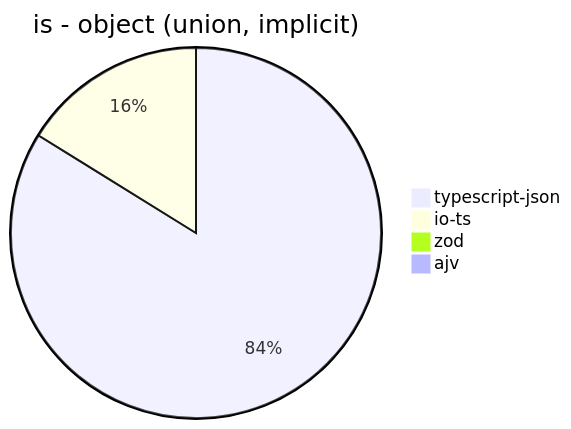
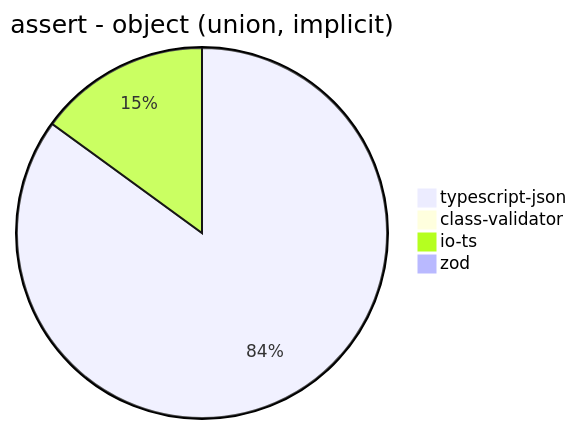
Diagram 12 of 40 in benchmark/results/AMD Ryzen 9 5900HX with Radeon Graphics.md (samchon/typia), drawn with Mermaid before and after one commit. The commit also changed other lines of this file and 2 other files, not shown here.

````diff
--- a/benchmark/results/AMD Ryzen 9 5900HX with Radeon Graphics.md
+++ b/benchmark/results/AMD Ryzen 9 5900HX with Radeon Graphics.md
@@ -129,7 +145,7 @@
 ```mermaid
-pie title is - object (union, implicit)
-  "typescript-json": 16583.903492978032
-  "io-ts": 3198.767892734191
-  "zod": 55.15947467166979
-  "ajv": 0
+pie title assert - object (union, implicit)
+  "typescript-json": 5295.319465081723
+  "class-validator": 19.47200898708107
+  "io-ts": 933.083511777302
+  "zod": 55.2423900789177
 ```
````
